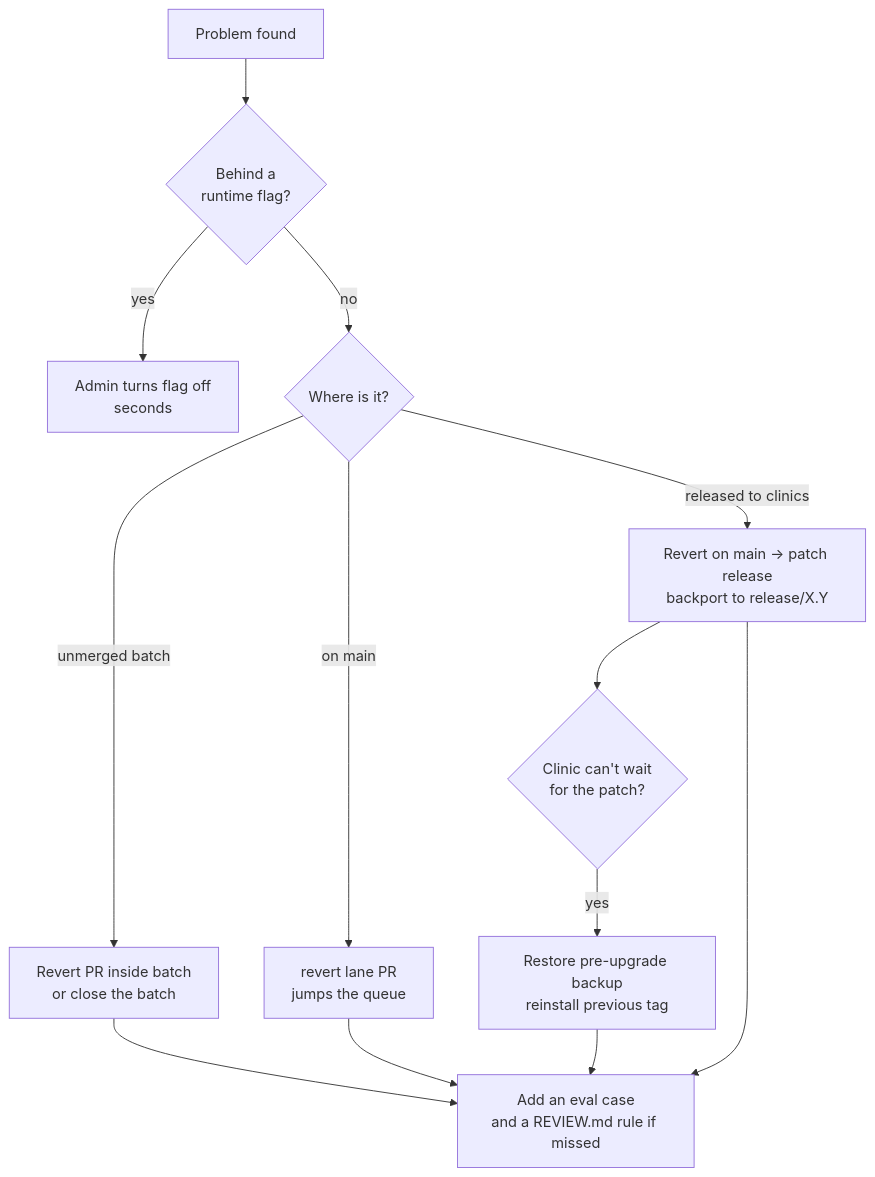
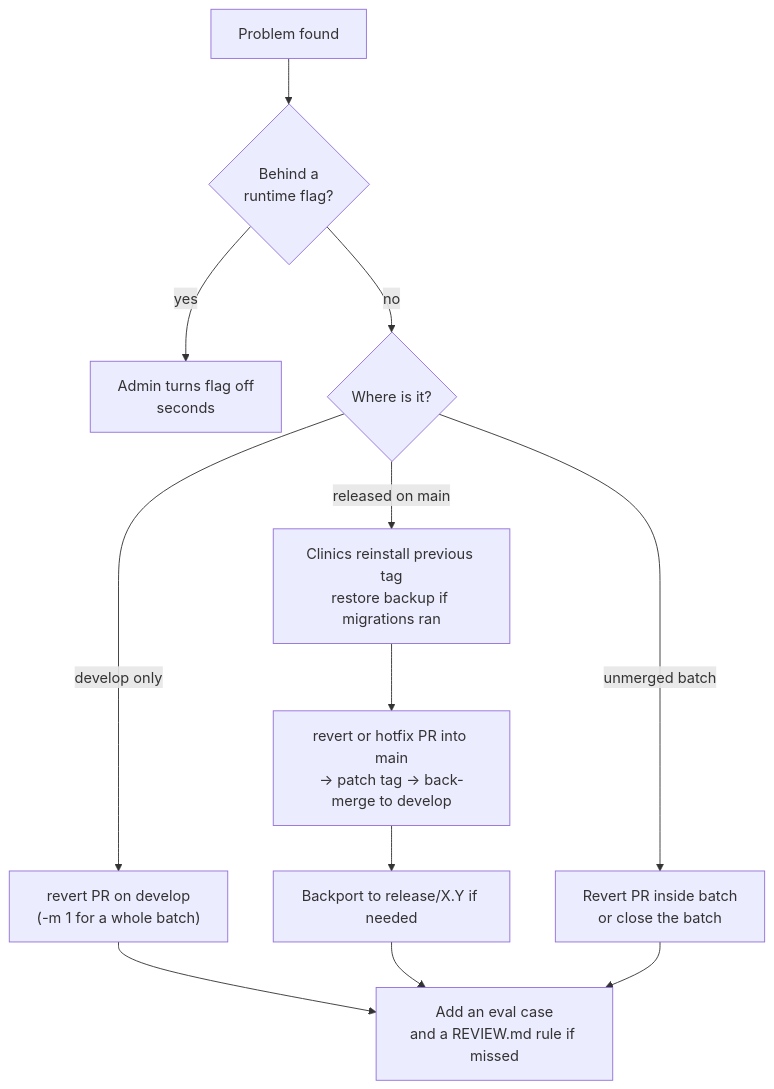
One commit to nsmela/qatrackplus changed the fifth of 5 diagrams in docs/agent-workflow/diagrams.md. Above: the diagram before and after it, drawn with Mermaid. The commit also changed other lines of this file and 2 other files, not shown here.

First line of the commit message:
Use develop for integration and main as the user-safe branch in notes

````diff
--- a/docs/agent-workflow/diagrams.md
+++ b/docs/agent-workflow/diagrams.md
@@ -101,15 +118,14 @@
 ```mermaid
 flowchart TD
     P["Problem found"] --> F{"Behind a<br/>runtime flag?"}
     F -->|yes| F1["Admin turns flag off<br/>seconds"]
     F -->|no| W{"Where is it?"}
     W -->|unmerged batch| B1["Revert PR inside batch<br/>or close the batch"]
-    W -->|on main| R1["revert lane PR<br/>jumps the queue"]
-    W -->|released to clinics| R2["Revert on main → patch release<br/>backport to release/X.Y"]
-    R2 --> C{"Clinic can't wait<br/>for the patch?"}
-    C -->|yes| C1["Restore pre-upgrade backup<br/>reinstall previous tag"]
+    W -->|develop only| R1["revert PR on develop<br/>(-m 1 for a whole batch)"]
+    W -->|released on main| R2["Clinics reinstall previous tag<br/>restore backup if migrations ran"]
+    R2 --> R3["revert or hotfix PR into main<br/>→ patch tag → back-merge to develop"]
+    R3 --> R4["Backport to release/X.Y if needed"]
     R1 --> E["Add an eval case<br/>and a REVIEW.md rule if missed"]
-    R2 --> E
+    R4 --> E
     B1 --> E
-    C1 --> E
 ```
````
